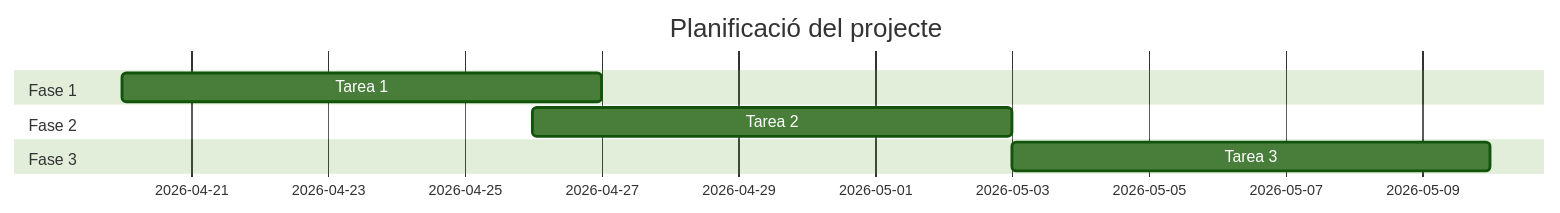
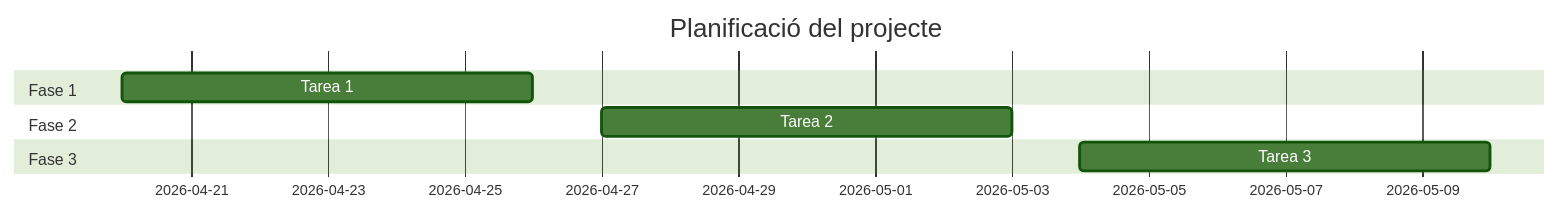
Before and after one commit to Yang07620/proyecto-final_empresa: the diagram in README.md, drawn with Mermaid (forest theme).

````diff
--- a/README.md
+++ b/README.md
@@ -1,11 +1,14 @@
 ```mermaid
 gantt
   title Planificació del projecte
   dateFormat YYYY-MM-DD
+
   section Fase 1
-  Tarea 1             :a1, 2026-04-20, 7d
+  Tarea 1             :a1, 2026-04-20, 2026-04-26
+
   section Fase 2
-  Tarea 2             :b1, 2026-04-26, 7d
+  Tarea 2             :b1, 2026-04-27, 2026-05-03
+
   section Fase 3
-  Tarea 3             :c1, 2026-05-03, 7d
+  Tarea 3             :c1, 2026-05-04, 2026-05-10
 ```
````
